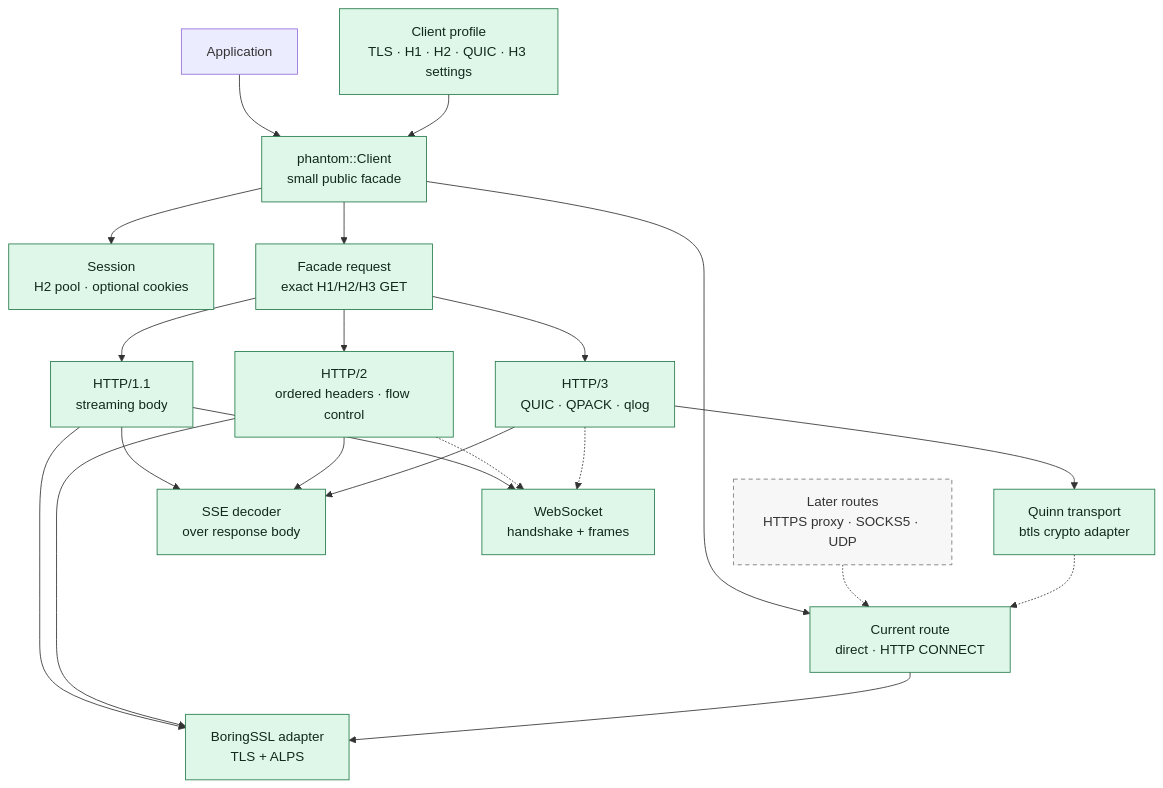
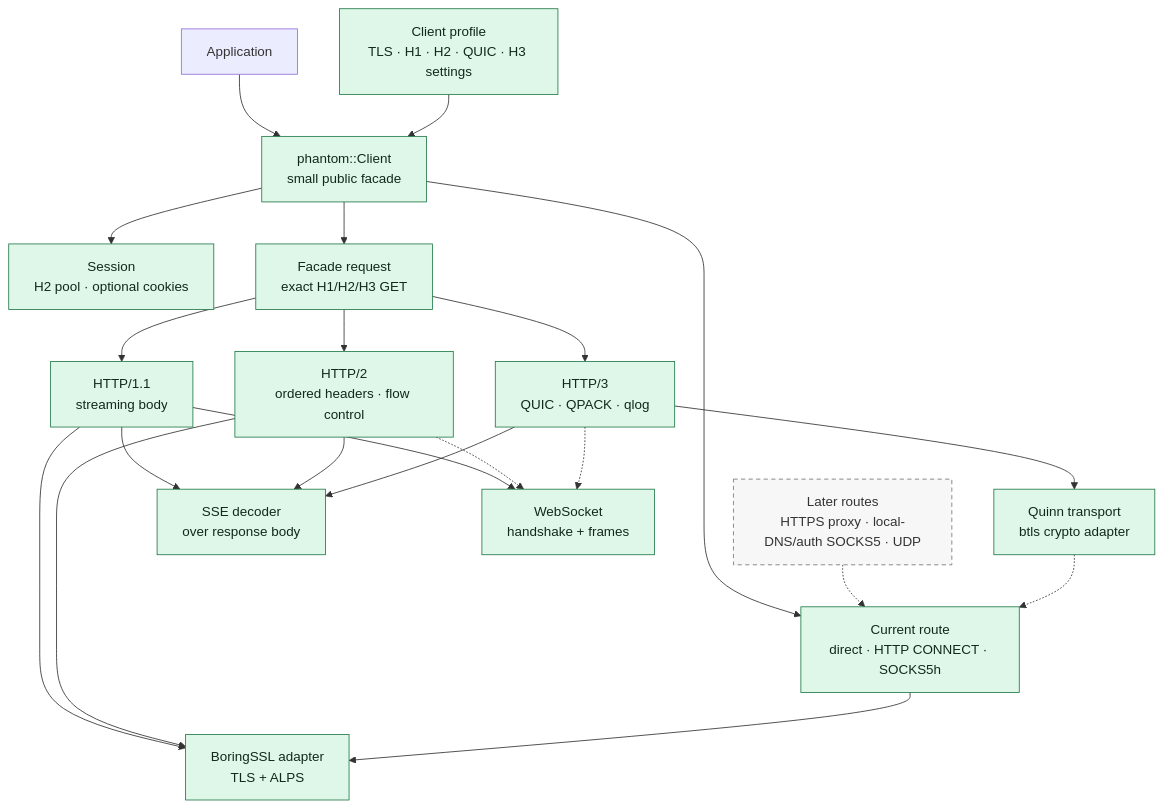
The first of 4 diagrams in docs/architecture.md (bywayhq/phantom), drawn with Mermaid before and after one commit. The commit also changed other lines of this file and 31 other files, not shown here.

Commit message:
feat(proxy): add remote-dns socks5 routes

````diff
--- a/docs/architecture.md
+++ b/docs/architecture.md
@@ -23,44 +23,44 @@
 ```mermaid
 flowchart TB
     User[Application]
     Client["phantom::Client<br/>small public facade"]
     Session["Session<br/>H2 pool · optional cookies"]
     Profile["Client profile<br/>TLS · H1 · H2 · QUIC · H3 settings"]
-    Route["Current route<br/>direct · HTTP CONNECT"]
-    FutureRoute["Later routes<br/>HTTPS proxy · SOCKS5 · UDP"]
+    Route["Current route<br/>direct · HTTP CONNECT · SOCKS5h"]
+    FutureRoute["Later routes<br/>HTTPS proxy · local-DNS/auth SOCKS5 · UDP"]
     FacadeRequest["Facade request<br/>exact H1/H2/H3 GET"]
 
     H1["HTTP/1.1<br/>streaming body"]
     H2["HTTP/2<br/>ordered headers · flow control"]
     H3["HTTP/3<br/>QUIC · QPACK · qlog"]
     TLS["BoringSSL adapter<br/>TLS + ALPS"]
     QUIC["Quinn transport<br/>btls crypto adapter"]
     SSE["SSE decoder<br/>over response body"]
     WS["WebSocket<br/>handshake + frames"]
 
     User --> Client
     Profile --> Client
     FacadeRequest --> H1
     FacadeRequest --> H2
     FacadeRequest --> H3
     Client --> Session
     Client --> Route
     FutureRoute -.-> Route
     Client --> FacadeRequest
     H1 --> TLS
     H2 --> TLS
     H3 --> QUIC
     Route --> TLS
     QUIC -.-> Route
     H1 --> SSE
     H2 --> SSE
     H3 --> SSE
     H1 --> WS
     H2 -.-> WS
     H3 -.-> WS
 
     classDef current fill:#dff7e8,stroke:#237a49,color:#10291c
     classDef planned fill:#f7f7f7,stroke:#777,stroke-dasharray:5 4,color:#333
     class Client,Session,Profile,Route,FacadeRequest,H1,H2,H3,TLS,QUIC,SSE,WS current
     class FutureRoute planned
 ```
````
